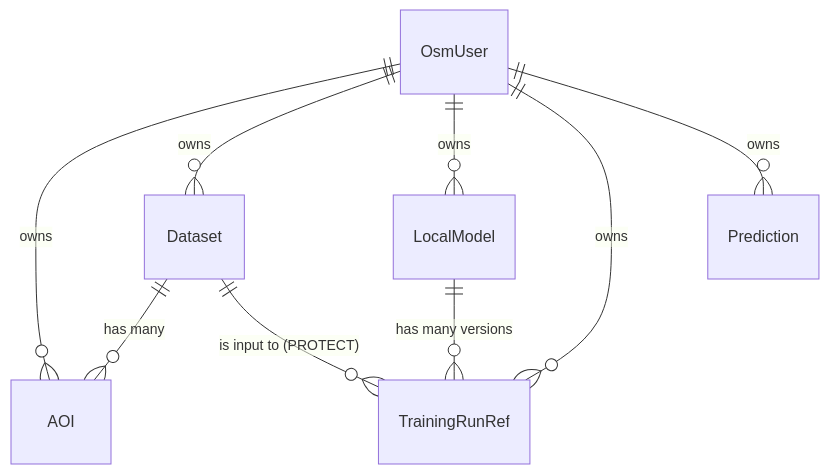
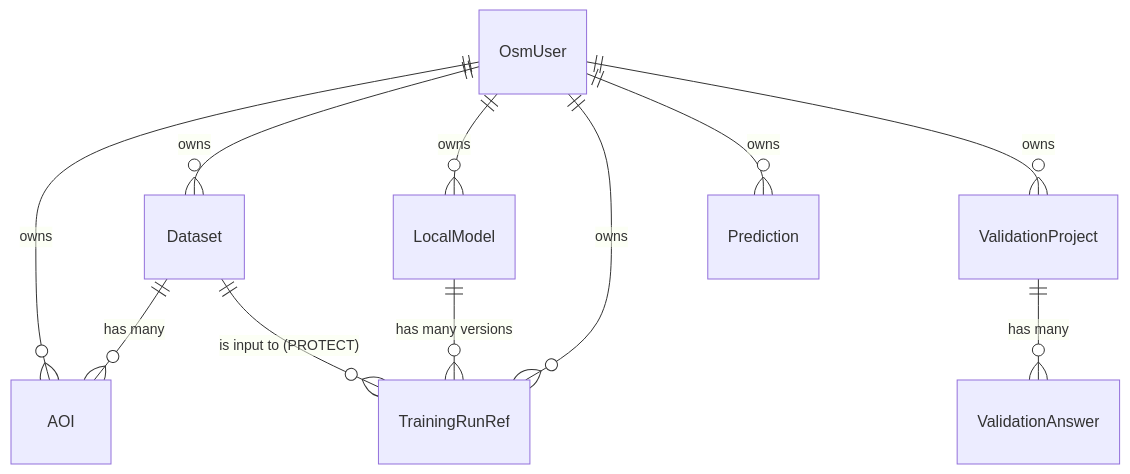
One commit to hotosm/fAIr changed the diagram in docs/architecture/backend.md. Above: the diagram before and after it, drawn with Mermaid. The commit also changed other lines of this file and 25 other files, not shown here.

````diff
--- a/docs/architecture/backend.md
+++ b/docs/architecture/backend.md
@@ -39,14 +40,16 @@
 ```mermaid
 erDiagram
     direction TB
     OsmUser ||--o{ AOI : owns
     OsmUser ||--o{ Dataset : owns
     OsmUser ||--o{ LocalModel : owns
     OsmUser ||--o{ TrainingRunRef : owns
     OsmUser ||--o{ Prediction : owns
+    OsmUser ||--o{ ValidationProject : owns
 
     Dataset ||--o{ AOI : "has many"
     Dataset ||--o{ TrainingRunRef : "is input to (PROTECT)"
     LocalModel ||--o{ TrainingRunRef : "has many versions"
+    ValidationProject ||--o{ ValidationAnswer : "has many"
 
 ```
````
